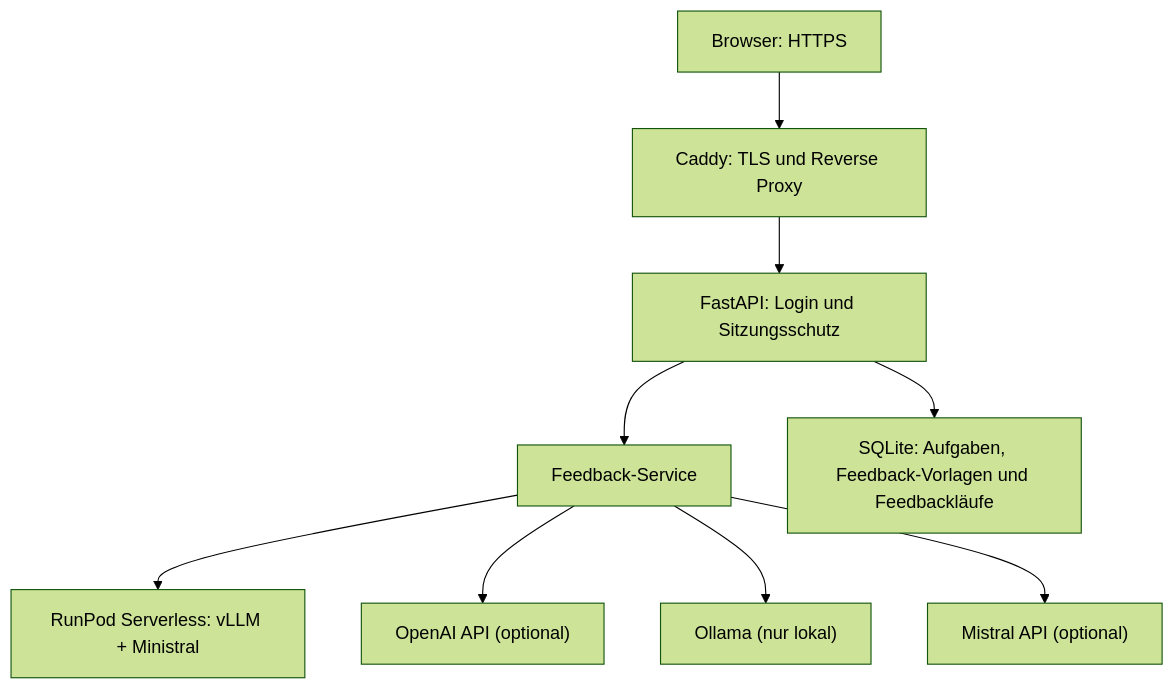
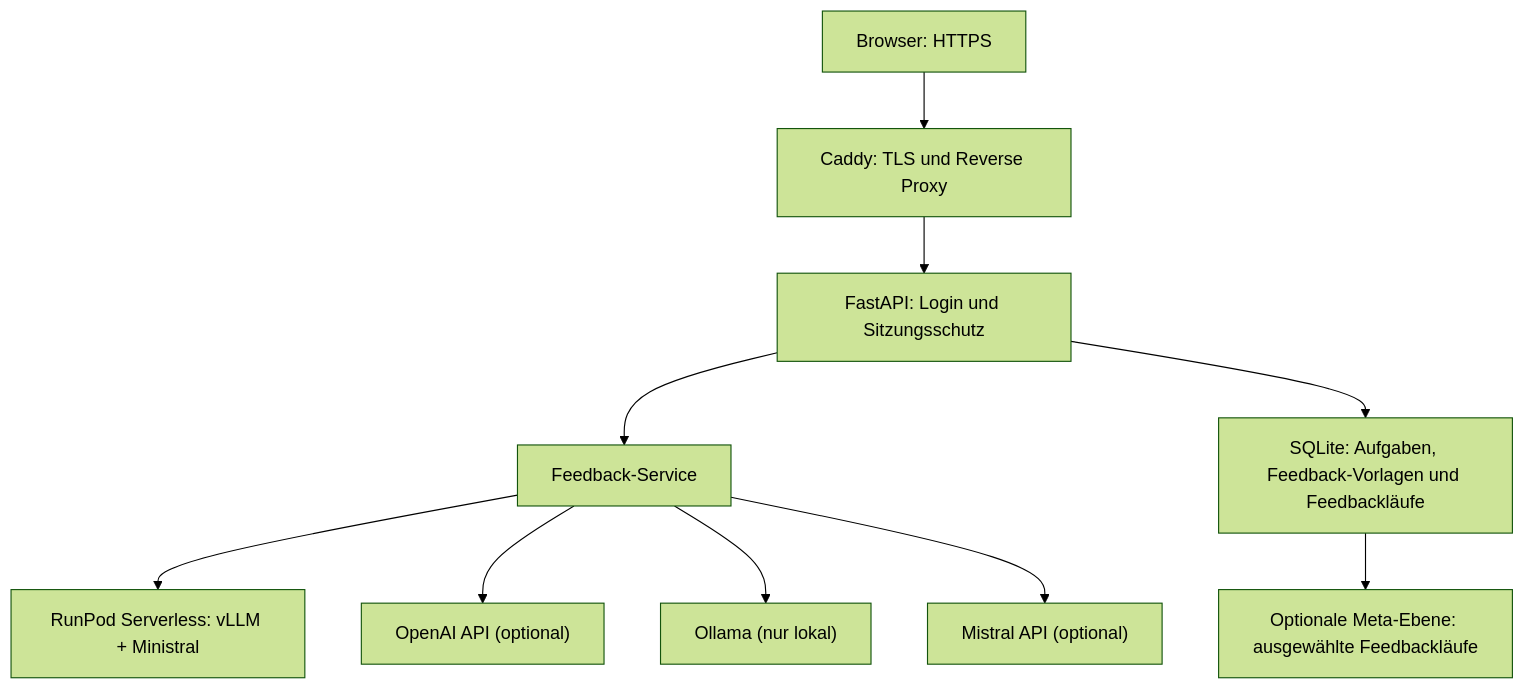
Before and after one commit to David90dotcom/ki-schreibfeedback-prototyp: the diagram in README.md, drawn with Mermaid (forest theme). The commit also changed other lines of this file and 10 other files, not shown here.

````diff
--- a/README.md
+++ b/README.md
@@ -22,11 +23,12 @@
 ```mermaid
 flowchart TD
     A["Browser: HTTPS"] --> B["Caddy: TLS und Reverse Proxy"]
     B --> C["FastAPI: Login und Sitzungsschutz"]
     C --> D["Feedback-Service"]
     D --> E["RunPod Serverless: vLLM + Ministral"]
     D --> F["OpenAI API (optional)"]
     D --> G["Ollama (nur lokal)"]
     D --> H["Mistral API (optional)"]
     C --> I["SQLite: Aufgaben, Feedback-Vorlagen und Feedbackläufe"]
+    I --> J["Optionale Meta-Ebene: ausgewählte Feedbackläufe"]
 ```
````
